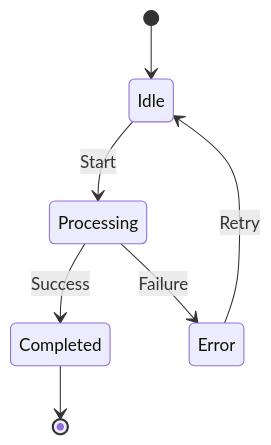
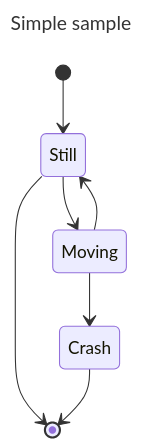
The first of 19 diagrams in skills/mermaid/examples/state.md (teachingai/full-stack-skills), drawn with Mermaid before and after one commit. The commit also changed other lines of this file and 21 other files, not shown here.

First line of the commit message:
docs(mermaid): 更新架构、块、C4和类图示例文档

````diff
--- a/skills/mermaid/examples/state.md
+++ b/skills/mermaid/examples/state.md
@@ -26,9 +28,13 @@
 ```mermaid
+---
+title: Simple sample
+---
 stateDiagram-v2
-    [*] --> Idle
-    Idle --> Processing : Start
-    Processing --> Completed : Success
-    Processing --> Error : Failure
-    Error --> Idle : Retry
-    Completed --> [*]
+    [*] --> Still
+    Still --> [*]
+
+    Still --> Moving
+    Moving --> Still
+    Moving --> Crash
+    Crash --> [*]
 ```
````
